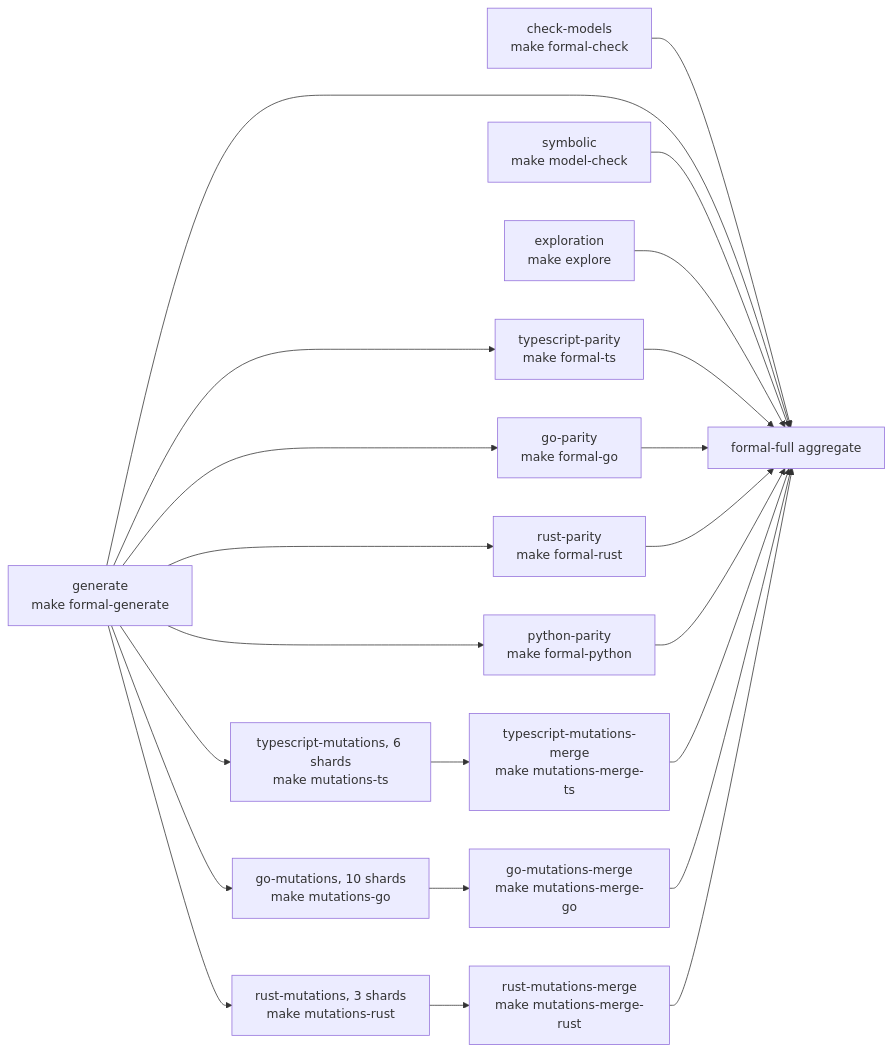
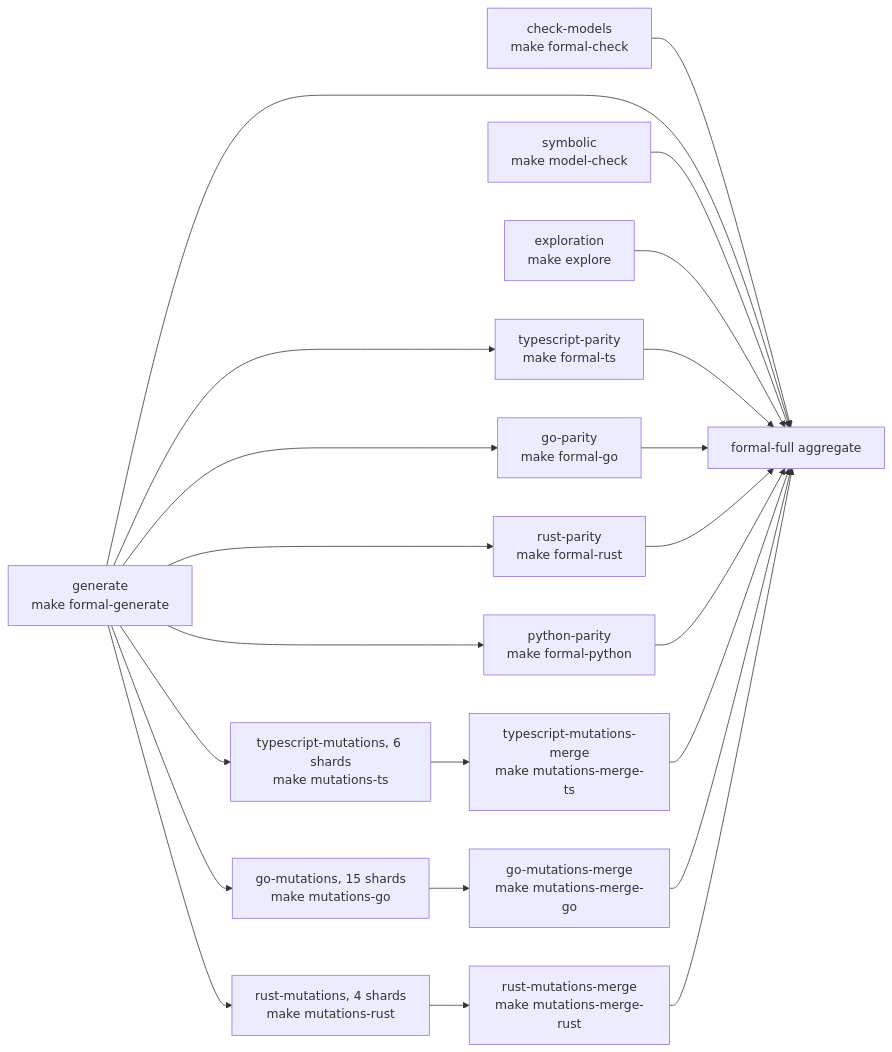
The second of 2 diagrams in formal/README.md (lan17/DialCache), drawn with Mermaid before and after one commit. The commit also changed other lines of this file and 157 other files, not shown here.

````diff
--- a/formal/README.md
+++ b/formal/README.md
@@ -253,13 +253,13 @@
 ```mermaid
 flowchart LR
   CM["check-models<br/>make formal-check"]
   GE["generate<br/>make formal-generate"]
   SY["symbolic<br/>make model-check"]
   EX["exploration<br/>make explore"]
   GE --> TSP["typescript-parity<br/>make formal-ts"] & GOP["go-parity<br/>make formal-go"] & RSP["rust-parity<br/>make formal-rust"] & PYP["python-parity<br/>make formal-python"]
-  GE --> TSM["typescript-mutations, 6 shards<br/>make mutations-ts"] & GOM["go-mutations, 10 shards<br/>make mutations-go"] & RSM["rust-mutations, 3 shards<br/>make mutations-rust"]
+  GE --> TSM["typescript-mutations, 6 shards<br/>make mutations-ts"] & GOM["go-mutations, 15 shards<br/>make mutations-go"] & RSM["rust-mutations, 4 shards<br/>make mutations-rust"]
   TSM --> TSMM["typescript-mutations-merge<br/>make mutations-merge-ts"]
   GOM --> GOMM["go-mutations-merge<br/>make mutations-merge-go"]
   RSM --> RSMM["rust-mutations-merge<br/>make mutations-merge-rust"]
   CM & GE & SY & EX & TSP & GOP & RSP & PYP & TSMM & GOMM & RSMM --> AG["formal-full aggregate"]
 ```
````
